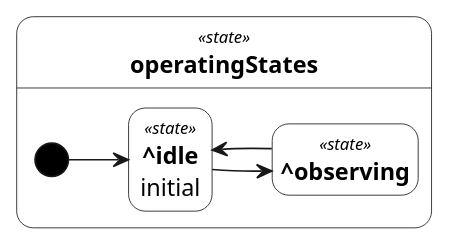
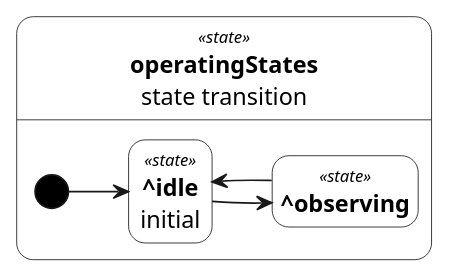
One commit to Open-MBEE/OpenSysML changed the second of 2 diagrams in internal/doc/docrender/testdata/telescope_report.plantuml.golden.md. Above: the diagram before and after it, drawn with PlantUML. The commit also changed 25 other files, not shown here.

````diff
--- a/internal/doc/docrender/testdata/telescope_report.plantuml.golden.md
+++ b/internal/doc/docrender/testdata/telescope_report.plantuml.golden.md
@@ -140,54 +140,54 @@
 ```plantuml
 @startuml
 ' state rendering (the diagram states kind "state")
 <style>
 root {
   BackGroundColor white
   FontName SansSerif
   FontSize 14
   FontColor black
   LineColor #181818
   HorizontalAlignment left
 }
 element {
   BackGroundColor white
   LineColor #181818
   LineThickness 0.5
   RoundCorner 0
   Shadowing 0.0
 }
 start, end, activityBar {
   BackGroundColor black
 }
 arrow {
   LineColor #181818
   LineThickness 1
   FontSize 13
 }
 note {
   BackGroundColor #FEFFDD
   FontSize 13
 }
 .usage {
   RoundCorner 20
 }
 .package {
   LineThickness 1.5
 }
 .region {
   LineStyle 4
 }
 </style>
 skinparam wrapWidth 300
 hide stereotype
 left to right direction
 hide empty description
-state "<size:10>//«state»//</size>\n**operatingStates**" as n0 <<state>> <<usage>> {
+state "<size:10>//«state»//</size>\n**operatingStates**\nstate transition" as n0 <<state>> <<usage>> {
   state "<size:10>//«state»//</size>\n**^idle**\ninitial" as n1 <<state>> <<usage>>
   state "<size:10>//«state»//</size>\n**^observing**" as n2 <<state>> <<usage>>
   [*] --> n1
 }
 n1 --> n2
 n2 --> n1
 @enduml
 ```
````
